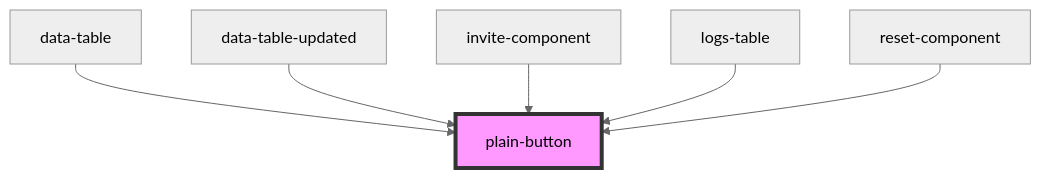
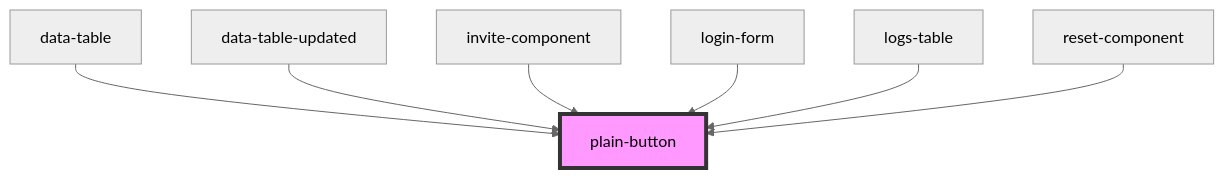
Before and after one commit to techvariable/NeptuneConnectComponents: the diagram in src/components/common/plain-button/readme.md, drawn with Mermaid (neutral theme). The commit also changed other lines of this file and 27 other files, not shown here.

````diff
--- a/src/components/common/plain-button/readme.md
+++ b/src/components/common/plain-button/readme.md
@@ -32,9 +33,10 @@
 ```mermaid
 graph TD;
   data-table --> plain-button
   data-table-updated --> plain-button
   invite-component --> plain-button
+  login-form --> plain-button
   logs-table --> plain-button
   reset-component --> plain-button
   style plain-button fill:#f9f,stroke:#333,stroke-width:4px
 ```
````
